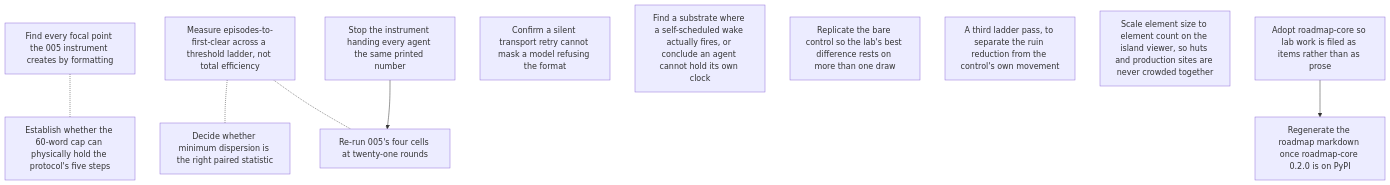
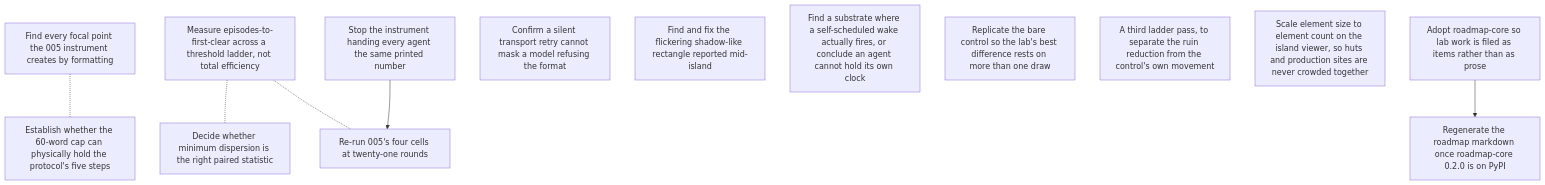
The diagram in roadmap/ROADMAP.md (gald33/ai-lab), drawn with Mermaid before and after one commit. The commit also changed other lines of this file and 4 other files, not shown here.

First line of the commit message:
005 viewer: drop the tether-pin's drawn ring; file the flickering shadow rectangle

````diff
--- a/roadmap/ROADMAP.md
+++ b/roadmap/ROADMAP.md
@@ -43,21 +44,22 @@
 ```mermaid
 graph TD
   005_display_precision_artifact["Find every focal point the 005 instrument creates by formatting"]
   005_episodes_to_threshold["Measure episodes-to-first-clear across a threshold ladder, not total efficiency"]
   005_paired_statistic_choice["Decide whether minimum dispersion is the right paired statistic"]
   005_render_precision_fix["Stop the instrument handing every agent the same printed number"]
   005_rerun_at_twenty_one_rounds["Re-run 005's four cells at twenty-one rounds"]
   005_transport_retry_audit["Confirm a silent transport retry cannot mask a model refusing the format"]
+  005_viewer_flickering_shadow_rectangle["Find and fix the flickering shadow-like rectangle reported mid-island"]
   005_word_cap_fits_the_protocol["Establish whether the 60-word cap can physically hold the protocol's five steps"]
   006_standby_alarm_has_never_rung["Find a substrate where a self-scheduled wake actually fires, or conclude an agent cannot hold its own clock"]
   007_replicate_the_control["Replicate the bare control so the lab's best difference rests on more than one draw"]
   007_third_pass_on_ruin["A third ladder pass, to separate the ruin reduction from the control's own movement"]
   island_viewer_density_scaled_spacing["Scale element size to element count on the island viewer, so huts and production sites are never crowded together"]
   lab_roadmap_adoption["Adopt roadmap-core so lab work is filed as items rather than as prose"]
   lab_roadmap_core_0_2_0["Regenerate the roadmap markdown once roadmap-core 0.2.0 is on PyPI"]
   005_render_precision_fix --> 005_rerun_at_twenty_one_rounds
   lab_roadmap_adoption --> lab_roadmap_core_0_2_0
   005_display_precision_artifact -.- 005_word_cap_fits_the_protocol
   005_episodes_to_threshold -.- 005_paired_statistic_choice
   005_episodes_to_threshold -.- 005_rerun_at_twenty_one_rounds
 ```
````
